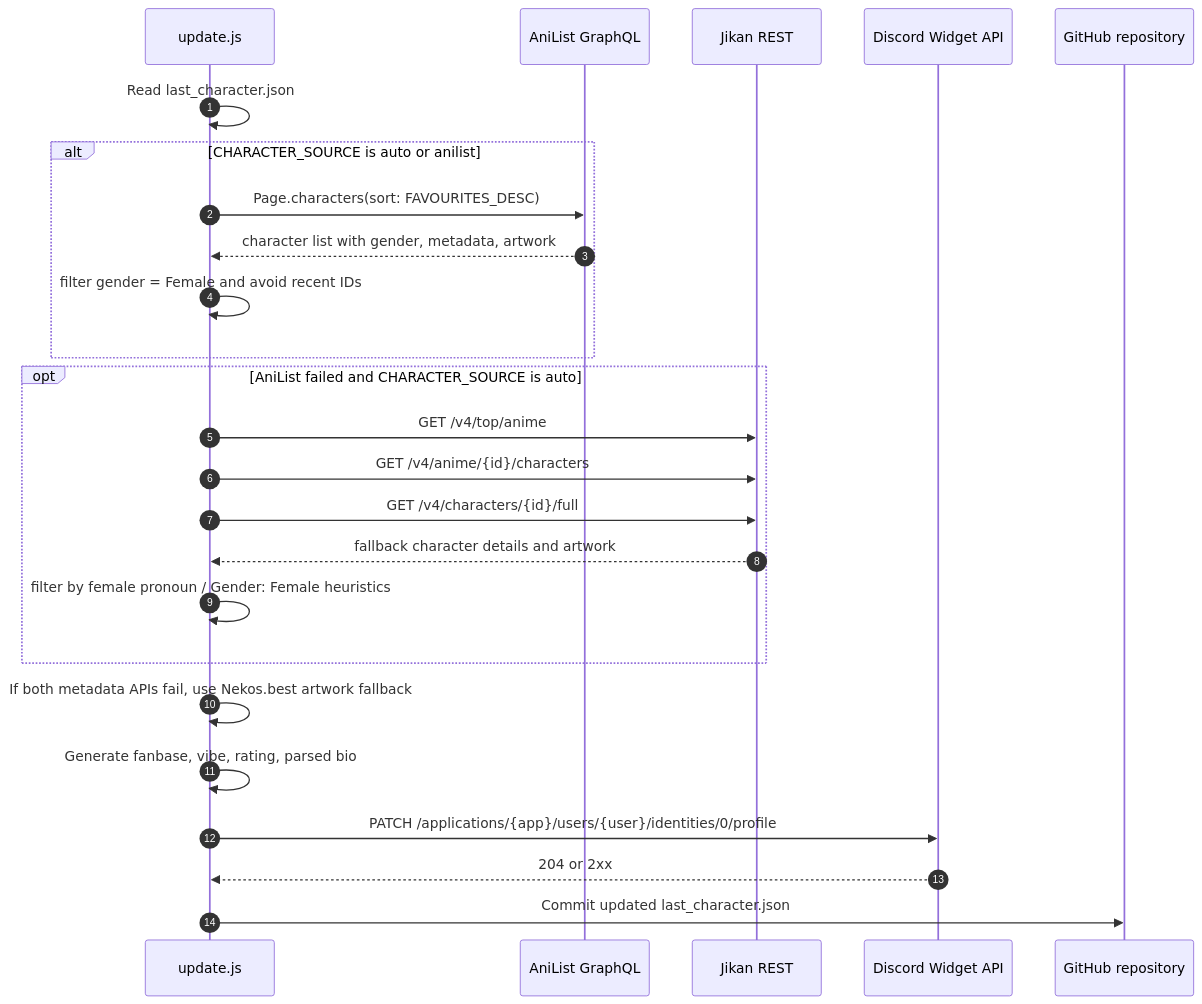
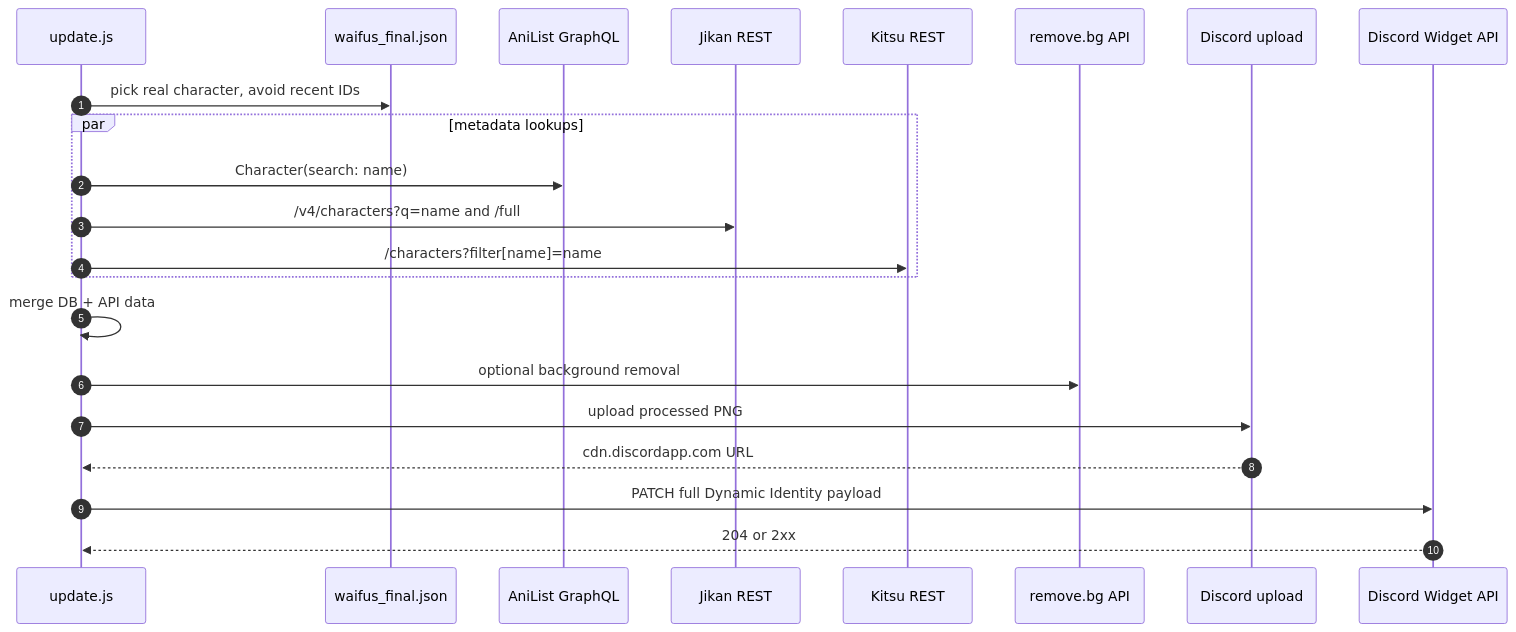
Before and after one commit to MeYashverma/discord-waifu-widget: the diagram in docs/API_FLOW.md, drawn with Mermaid. The commit also changed other lines of this file, not shown here.

````diff
--- a/docs/API_FLOW.md
+++ b/docs/API_FLOW.md
@@ -22,31 +5,25 @@
 ```mermaid
 sequenceDiagram
     autonumber
     participant App as update.js
+    participant DB as waifus_final.json
     participant AniList as AniList GraphQL
     participant Jikan as Jikan REST
+    participant Kitsu as Kitsu REST
+    participant RemoveBG as remove.bg API
+    participant DiscordCDN as Discord upload
     participant Discord as Discord Widget API
-    participant Git as GitHub repository
 
-    App->>App: Read last_character.json
-
-    alt CHARACTER_SOURCE is auto or anilist
-        App->>AniList: Page.characters(sort: FAVOURITES_DESC)
-        AniList-->>App: character list with gender, metadata, artwork
-        App->>App: filter gender = Female and avoid recent IDs
+    App->>DB: pick real character, avoid recent IDs
+    par metadata lookups
+        App->>AniList: Character(search: name)
+        App->>Jikan: /v4/characters?q=name and /full
+        App->>Kitsu: /characters?filter[name]=name
     end
-
-    opt AniList failed and CHARACTER_SOURCE is auto
-        App->>Jikan: GET /v4/top/anime
-        App->>Jikan: GET /v4/anime/{id}/characters
-        App->>Jikan: GET /v4/characters/{id}/full
-        Jikan-->>App: fallback character details and artwork
-        App->>App: filter by female pronoun / Gender: Female heuristics
-    end
-
-    App->>App: If both metadata APIs fail, use Nekos.best artwork fallback
-    App->>App: Generate fanbase, vibe, rating, parsed bio
-    App->>Discord: PATCH /applications/{app}/users/{user}/identities/0/profile
+    App->>App: merge DB + API data
+    App->>RemoveBG: optional background removal
+    App->>DiscordCDN: upload processed PNG
+    DiscordCDN-->>App: cdn.discordapp.com URL
+    App->>Discord: PATCH full Dynamic Identity payload
     Discord-->>App: 204 or 2xx
-    App->>Git: Commit updated last_character.json
 ```
````
